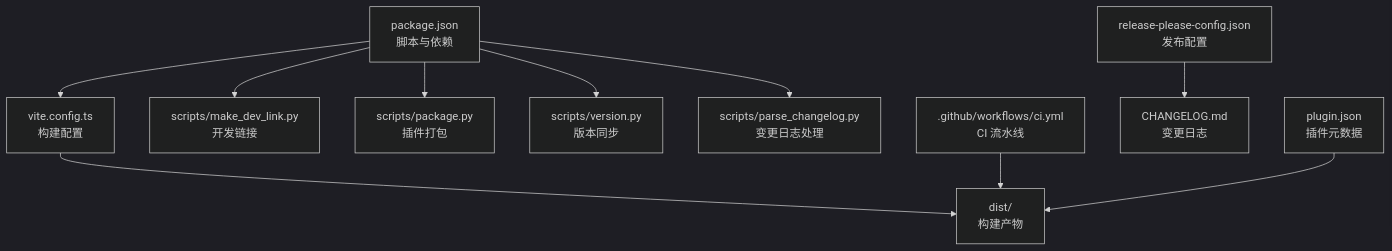
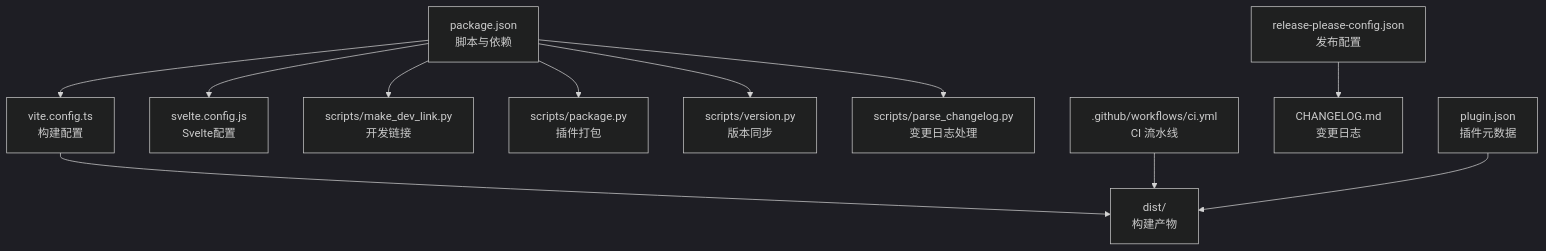
One commit to terwerinc/siyuan-plugin-share-pro changed the first of 7 diagrams in .qoder/repowiki/zh/content/开发指南/构建与部署.md. Above: the diagram before and after it, drawn with Mermaid (dark theme). The commit also changed other lines of this file and 10 other files, not shown here.

````diff
--- a/.qoder/repowiki/zh/content/开发指南/构建与部署.md
+++ b/.qoder/repowiki/zh/content/开发指南/构建与部署.md
@@ -44,12 +46,13 @@
 ```mermaid
 graph TB
 A["package.json<br/>脚本与依赖"] --> B["vite.config.ts<br/>构建配置"]
+A --> S["svelte.config.js<br/>Svelte配置"]
 B --> C["dist/<br/>构建产物"]
 A --> D["scripts/make_dev_link.py<br/>开发链接"]
 A --> E["scripts/package.py<br/>插件打包"]
 A --> F["scripts/version.py<br/>版本同步"]
 A --> G["scripts/parse_changelog.py<br/>变更日志处理"]
 H[".github/workflows/ci.yml<br/>CI 流水线"] --> C
 I["release-please-config.json<br/>发布配置"] --> J["CHANGELOG.md<br/>变更日志"]
 K["plugin.json<br/>插件元数据"] --> C
 ```
````
